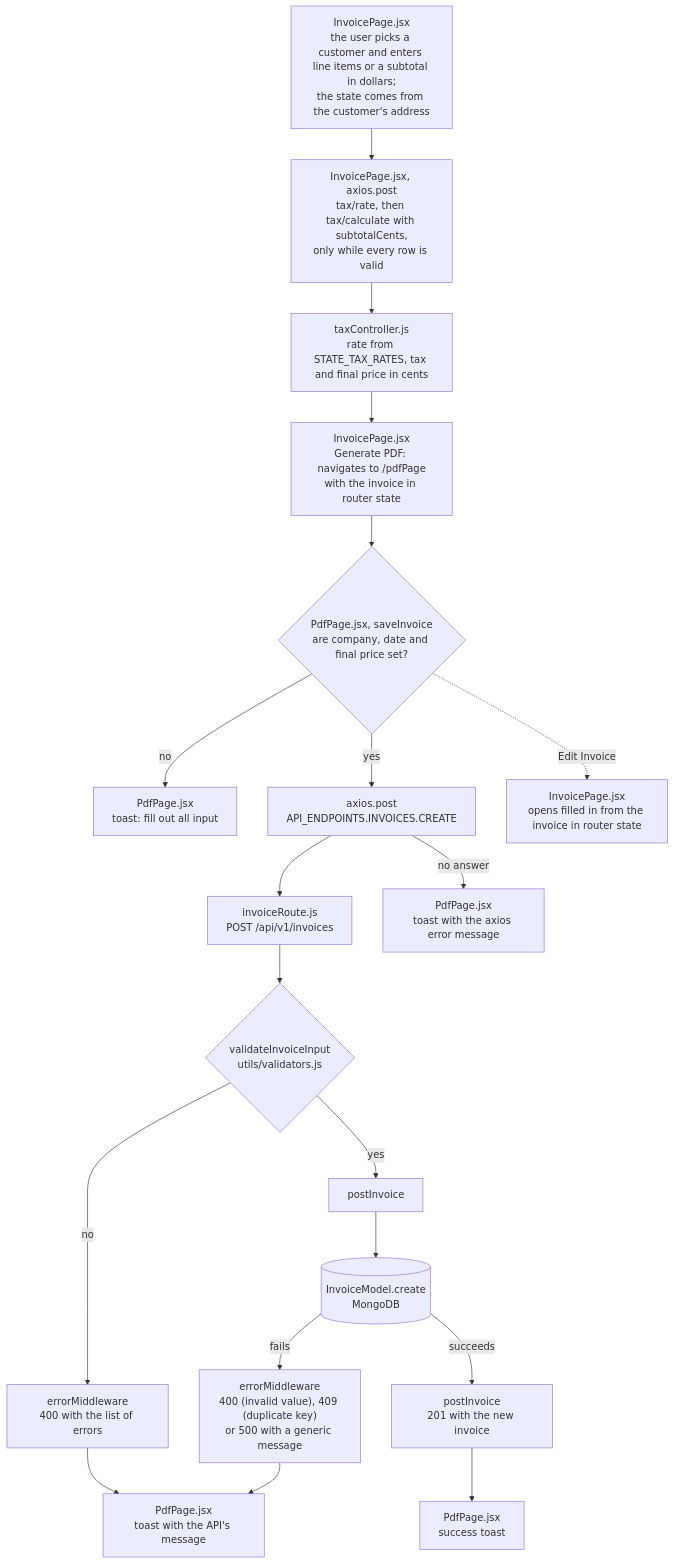
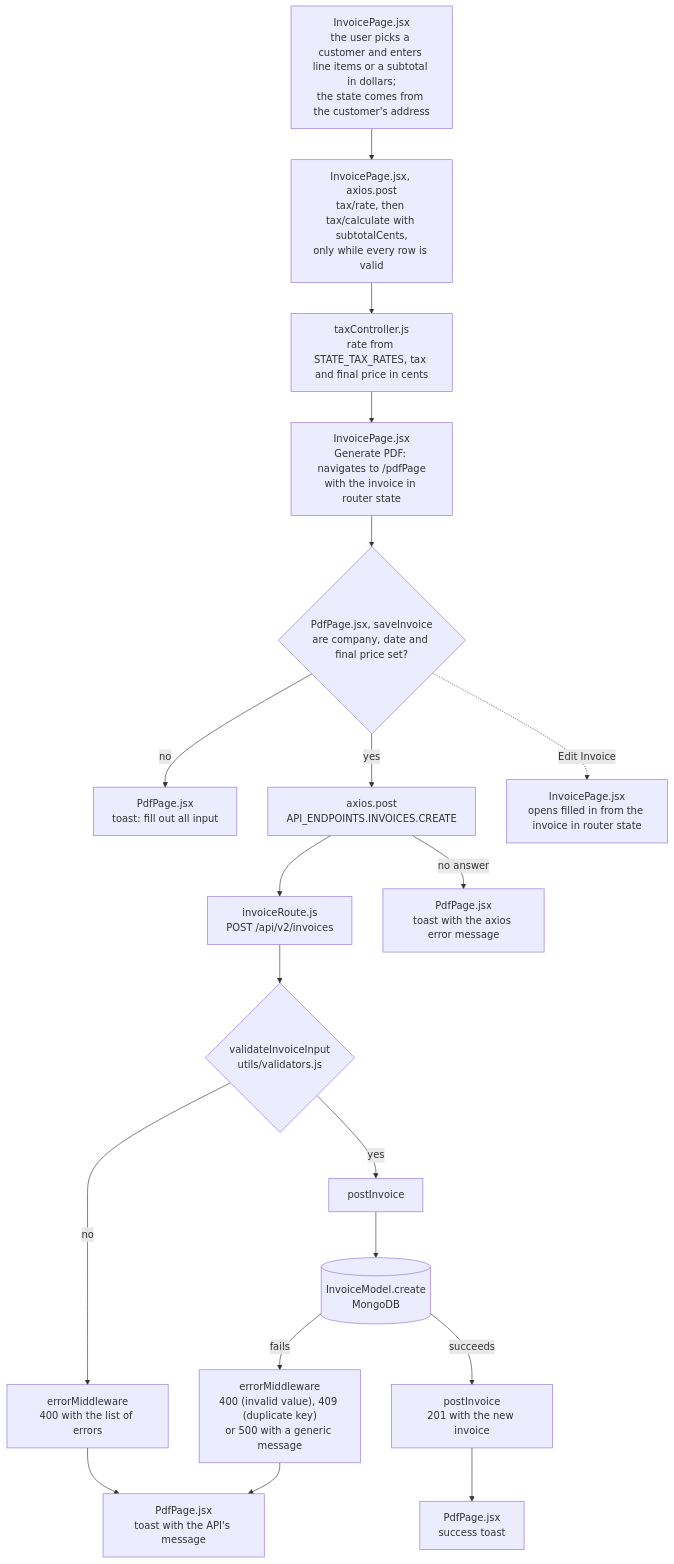
One commit to MatheusCastro99/InvoiceMe changed the second of 2 diagrams in Harness_Config/Context/DataFlow.md. Above: the diagram before and after it, drawn with Mermaid. The commit also changed other lines of this file and 21 other files, not shown here.

````diff
--- a/Harness_Config/Context/DataFlow.md
+++ b/Harness_Config/Context/DataFlow.md
@@ -36,21 +36,21 @@
 ```mermaid
 flowchart TD
     A["InvoicePage.jsx<br/>the user picks a customer and enters line items or a subtotal in dollars;<br/>the state comes from the customer's address"] --> T["InvoicePage.jsx, axios.post<br/>tax/rate, then tax/calculate with subtotalCents,<br/>only while every row is valid"]
     T --> T1["taxController.js<br/>rate from STATE_TAX_RATES, tax and final price in cents"]
     T1 --> A2["InvoicePage.jsx<br/>Generate PDF: navigates to /pdfPage<br/>with the invoice in router state"]
     A2 --> B{"PdfPage.jsx, saveInvoice<br/>are company, date and final price set?"}
     B -- "no" --> B1["PdfPage.jsx<br/>toast: fill out all input"]
     B -- "yes" --> C["axios.post<br/>API_ENDPOINTS.INVOICES.CREATE"]
-    C --> D["invoiceRoute.js<br/>POST /api/v1/invoices"]
+    C --> D["invoiceRoute.js<br/>POST /api/v2/invoices"]
     C -- "no answer" --> C1["PdfPage.jsx<br/>toast with the axios error message"]
     D --> E{"validateInvoiceInput<br/>utils/validators.js"}
     E -- "no" --> E1["errorMiddleware<br/>400 with the list of errors"]
     E -- "yes" --> F["postInvoice"]
     F --> G[("InvoiceModel.create<br/>MongoDB")]
     G -- "fails" --> G1["errorMiddleware<br/>400 (invalid value), 409 (duplicate key)<br/>or 500 with a generic message"]
     G -- "succeeds" --> H["postInvoice<br/>201 with the new invoice"]
     E1 --> I["PdfPage.jsx<br/>toast with the API's message"]
     G1 --> I
     H --> K["PdfPage.jsx<br/>success toast"]
     B -. "Edit Invoice" .-> A3["InvoicePage.jsx<br/>opens filled in from the invoice in router state"]
 ```
````
